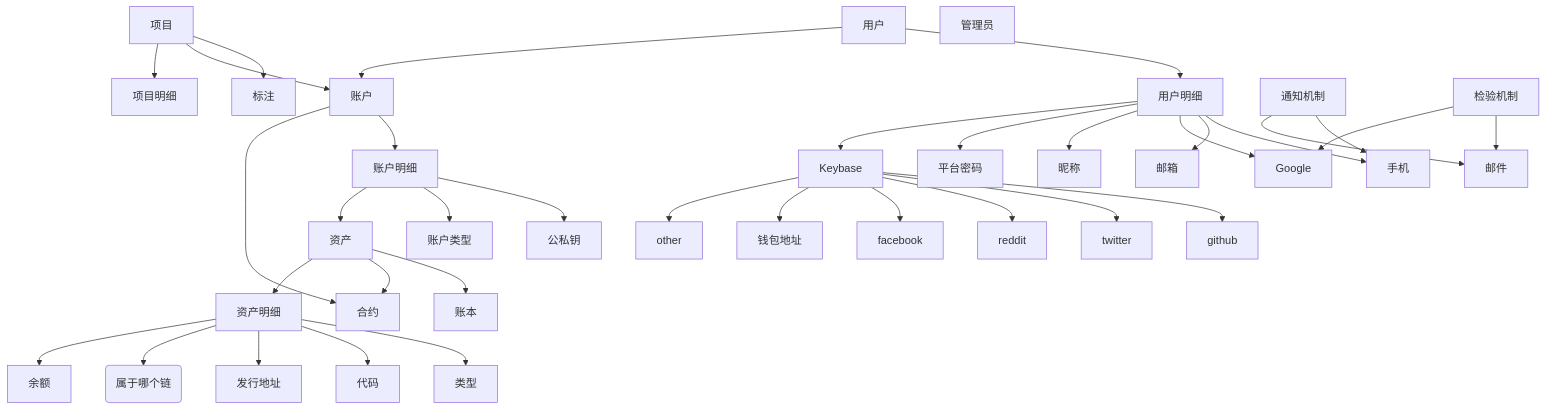
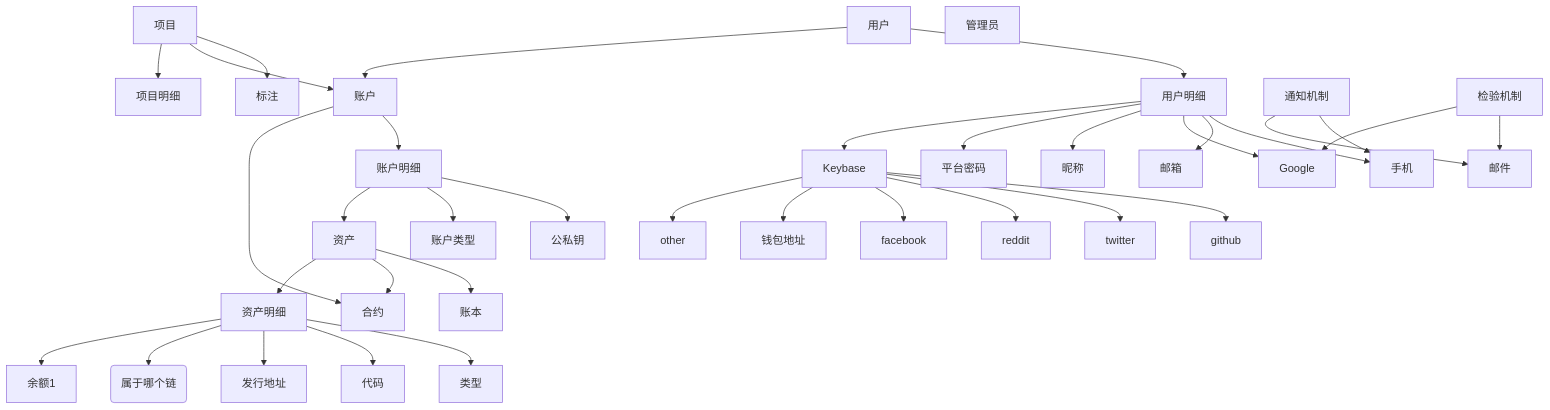
One commit to neomaclin/designdoc changed the first of 5 diagrams in Readme.md. Above: the diagram before and after it, drawn with Mermaid.

````diff
--- a/Readme.md
+++ b/Readme.md
@@ -4,41 +4,41 @@
 ```mermaid
 graph TB
 
 用户 --> 用户明细
 用户明细 --> 手机
 用户明细 --> 邮箱
 用户明细 --> Google
 用户明细 --> 昵称
 用户明细 --> 平台密码
 用户明细 --> Keybase
 Keybase --> github
 Keybase --> twitter
 Keybase --> reddit
 Keybase --> facebook
 Keybase --> 钱包地址
 Keybase --> other
 用户 --> 账户
 账户 --> 账户明细
 账户 --> 合约
 账户明细 --> 公私钥
 账户明细 --> 账户类型
 账户明细 --> 资产
 资产 --> 账本
 资产 --> 合约
 资产 --> 资产明细
 资产明细 --> 类型
 资产明细 --> 代码
 资产明细 --> 发行地址
 资产明细 --> 发行源(属于哪个链)
-资产明细 --> 余额
+资产明细 --> 余额1
 项目 --> 标注
 项目 --> 账户
 项目 --> 项目明细
 管理员 
 通知机制 --> 手机
 通知机制 --> 邮件
 检验机制 --> 邮件
 检验机制 --> Google
 
 
 ```
````
